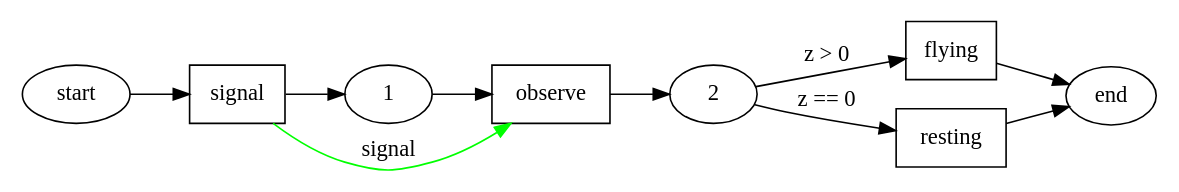
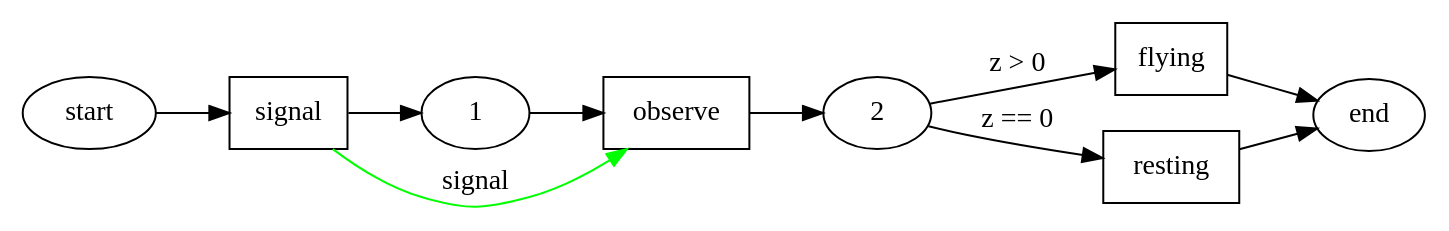
One commit to zauster/xparser changed the diagram in docs/user_manual/swarm_3.dot. Above: the diagram before and after it, drawn with Graphviz. The commit also changed 9 other files, not shown here.

Commit message:
Update user manual. Rewrite introduction and change model design. Update dot diagrams.

```diff
--- a/docs/user_manual/swarm_3.dot
+++ b/docs/user_manual/swarm_3.dot
@@ -1,32 +1,32 @@
 digraph state_graph {
 	rankdir=LR;
-	size="8,5;"
+	//size="8,5;"
 	
 	/* States */
 	swarm_start [label = "start"];
 	swarm_1 [label = "1"];
 	swarm_2 [label = "2"];
 	swarm_end [label = "end"];
 	
 	/* Functions */
 	signal  [label = "signal", shape = rect];
 	observe  [label = "observe", shape = rect];
 	flying  [label = "flying", shape = rect];
 	resting [label = "resting", shape = rect];
 	
 	/* Transitions */
 	swarm_start -> signal [ label = ""];
 	signal -> swarm_1;
 	
 	swarm_1 -> observe [ label = ""];
 	observe -> swarm_2;
 	
 	swarm_2 -> flying [ label = "z > 0"];
 	flying -> swarm_end;
 	
 	swarm_2 -> resting [ label = "z == 0"];
 	resting -> swarm_end;
 	
 	/* Communications */
 	signal -> observe [ label = "signal" color="#00ff00" constraint=false];
 }
```
